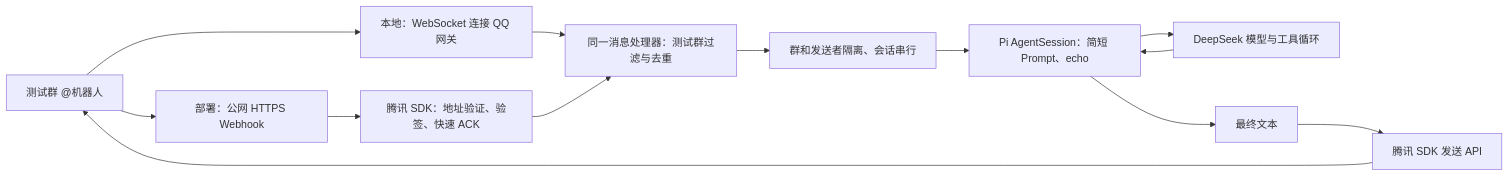
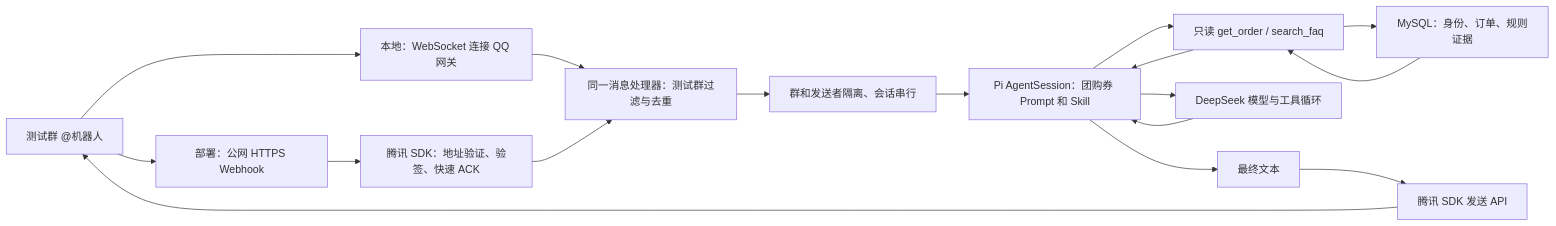
Before and after one commit to erha1499/dave-agent: the diagram in docs/qq-integration.md, drawn with Mermaid. The commit also changed other lines of this file and 3 other files, not shown here.

````diff
--- a/docs/qq-integration.md
+++ b/docs/qq-integration.md
@@ -9,15 +9,19 @@
 ```mermaid
 flowchart LR
   Q[测试群 @机器人] --> W[部署：公网 HTTPS Webhook]
   Q --> C[本地：WebSocket 连接 QQ 网关]
   W --> S[腾讯 SDK：地址验证、验签、快速 ACK]
   C --> H[同一消息处理器：测试群过滤与去重]
   S --> H
   H --> I[群和发送者隔离、会话串行]
-  I --> P[Pi AgentSession：简短 Prompt、echo]
+  I --> P[Pi AgentSession：团购券 Prompt 和 Skill]
+  P --> T[只读 get_order / search_faq]
+  T --> D[MySQL：身份、订单、规则证据]
+  D --> T
+  T --> P
   P --> M[DeepSeek 模型与工具循环]
   M --> P
   P --> R[最终文本]
   R --> A[腾讯 SDK 发送 API]
   A --> Q
 ```
````
